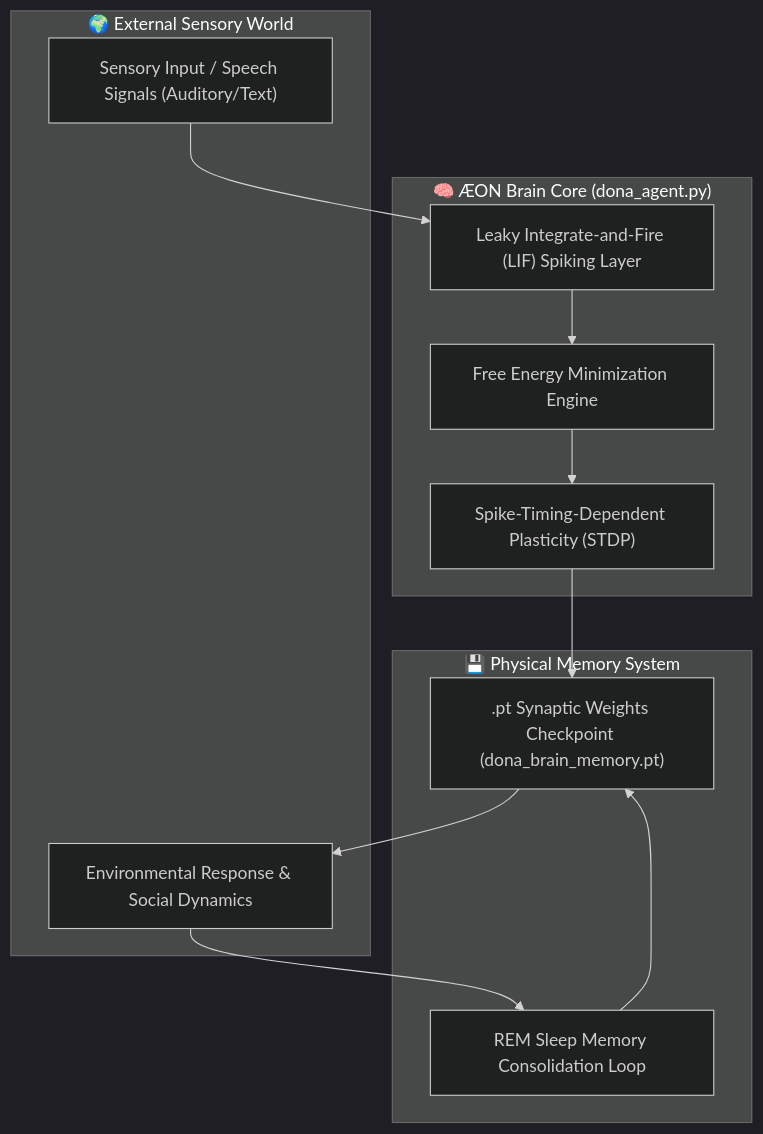
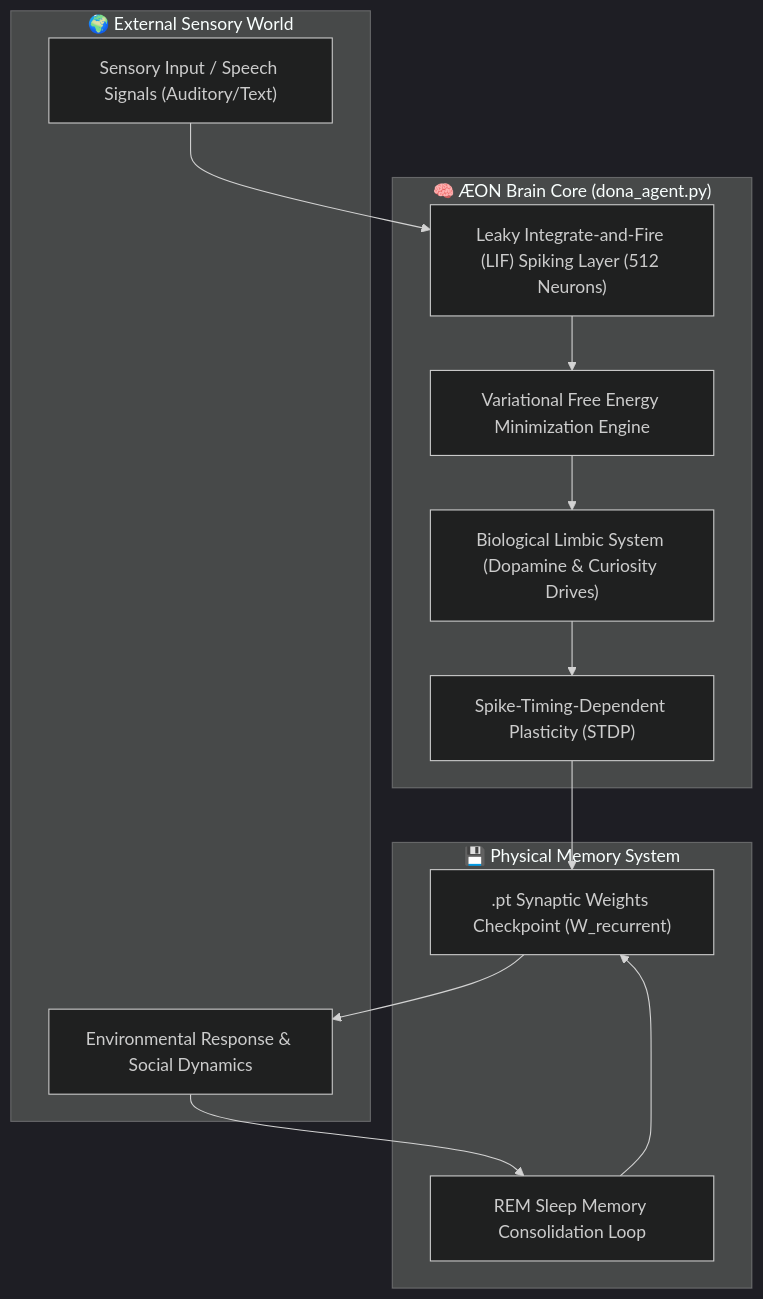
Before and after one commit to dobby-aidev/dona-aeon-showcase: the diagram in README.md, drawn with Mermaid (dark theme). The commit also changed other lines of this file and 1 other file, not shown here.

````diff
--- a/README.md
+++ b/README.md
@@ -36,26 +40,28 @@
 ```mermaid
 flowchart TD
     subgraph Environment ["🌍 External Sensory World"]
         Input["Sensory Input / Speech Signals (Auditory/Text)"]
         Feedback["Environmental Response & Social Dynamics"]
     end
 
     subgraph Cortex ["🧠 ÆON Brain Core (dona_agent.py)"]
-        LIF["Leaky Integrate-and-Fire (LIF) Spiking Layer"]
-        FEP["Free Energy Minimization Engine"]
+        LIF["Leaky Integrate-and-Fire (LIF) Spiking Layer (512 Neurons)"]
+        FEP["Variational Free Energy Minimization Engine"]
         STDP["Spike-Timing-Dependent Plasticity (STDP)"]
+        Limbic["Biological Limbic System (Dopamine & Curiosity Drives)"]
     end
 
     subgraph Memory ["💾 Physical Memory System"]
-        PT[".pt Synaptic Weights Checkpoint (dona_brain_memory.pt)"]
+        PT[".pt Synaptic Weights Checkpoint (W_recurrent)"]
         REM["REM Sleep Memory Consolidation Loop"]
     end
 
     Input --> LIF
     LIF --> FEP
-    FEP --> STDP
+    FEP --> Limbic
+    Limbic --> STDP
     STDP --> PT
     PT --> Feedback
     Feedback --> REM
     REM --> PT
 ```
````
